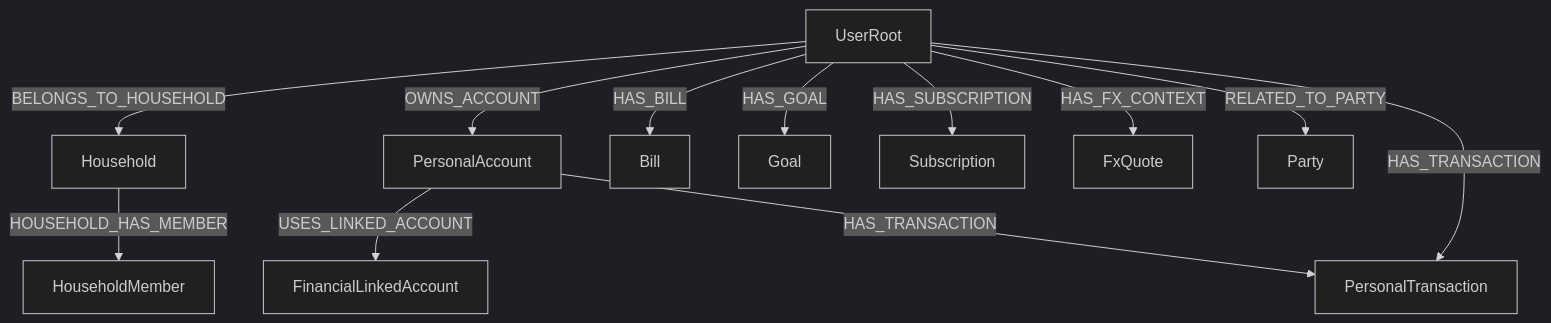
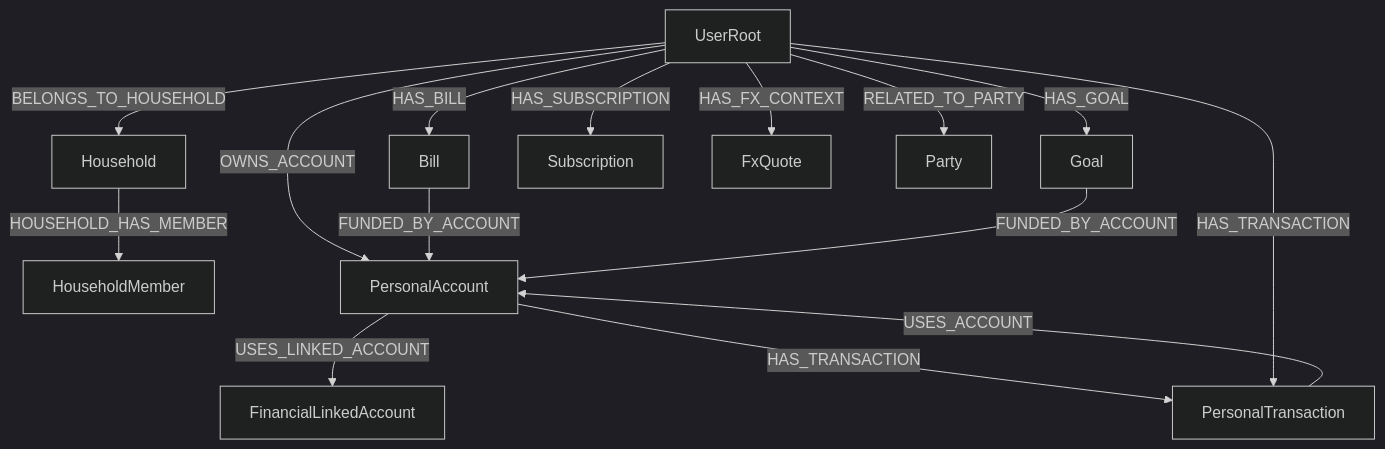
One commit to michaeljosiah/aonik changed the third of 4 diagrams in docs/features/financial-life-graph.md. Above: the diagram before and after it, drawn with Mermaid (dark theme). The commit also changed other lines of this file and 36 other files, not shown here.

Commit message:
update(personal-finance): refine financial life graph design

````diff
--- a/docs/features/financial-life-graph.md
+++ b/docs/features/financial-life-graph.md
@@ -198,26 +207,29 @@
 ```mermaid
 flowchart TD
     U[UserRoot]
     H[Household]
     HM[HouseholdMember]
     A[PersonalAccount]
     LA[FinancialLinkedAccount]
     T[PersonalTransaction]
     B[Bill]
     G[Goal]
     S[Subscription]
     FX[FxQuote]
     P[Party]
 
     U -->|BELONGS_TO_HOUSEHOLD| H
     H -->|HOUSEHOLD_HAS_MEMBER| HM
     U -->|OWNS_ACCOUNT| A
     A -->|USES_LINKED_ACCOUNT| LA
     A -->|HAS_TRANSACTION| T
+    T -->|USES_ACCOUNT| A
     U -->|HAS_TRANSACTION| T
     U -->|HAS_BILL| B
+    B -->|FUNDED_BY_ACCOUNT| A
     U -->|HAS_GOAL| G
+    G -->|FUNDED_BY_ACCOUNT| A
     U -->|HAS_SUBSCRIPTION| S
     U -->|HAS_FX_CONTEXT| FX
     U -->|RELATED_TO_PARTY| P
 ```
````
